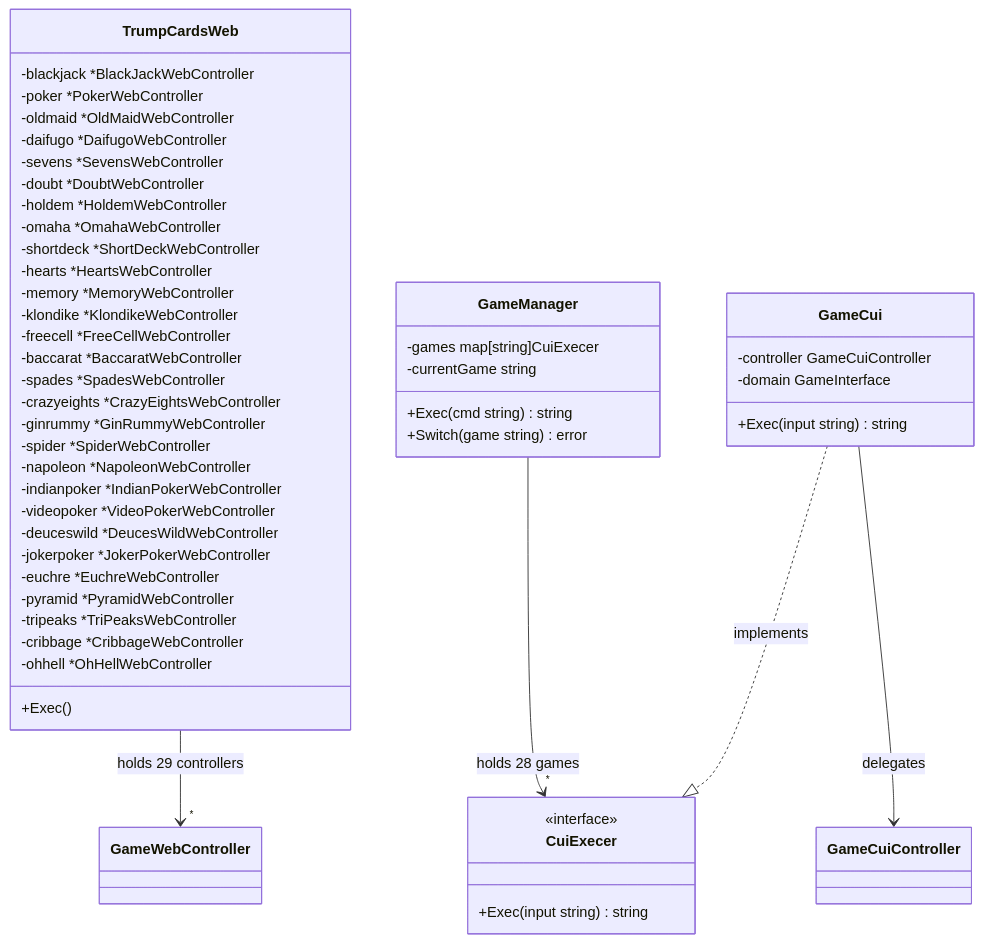
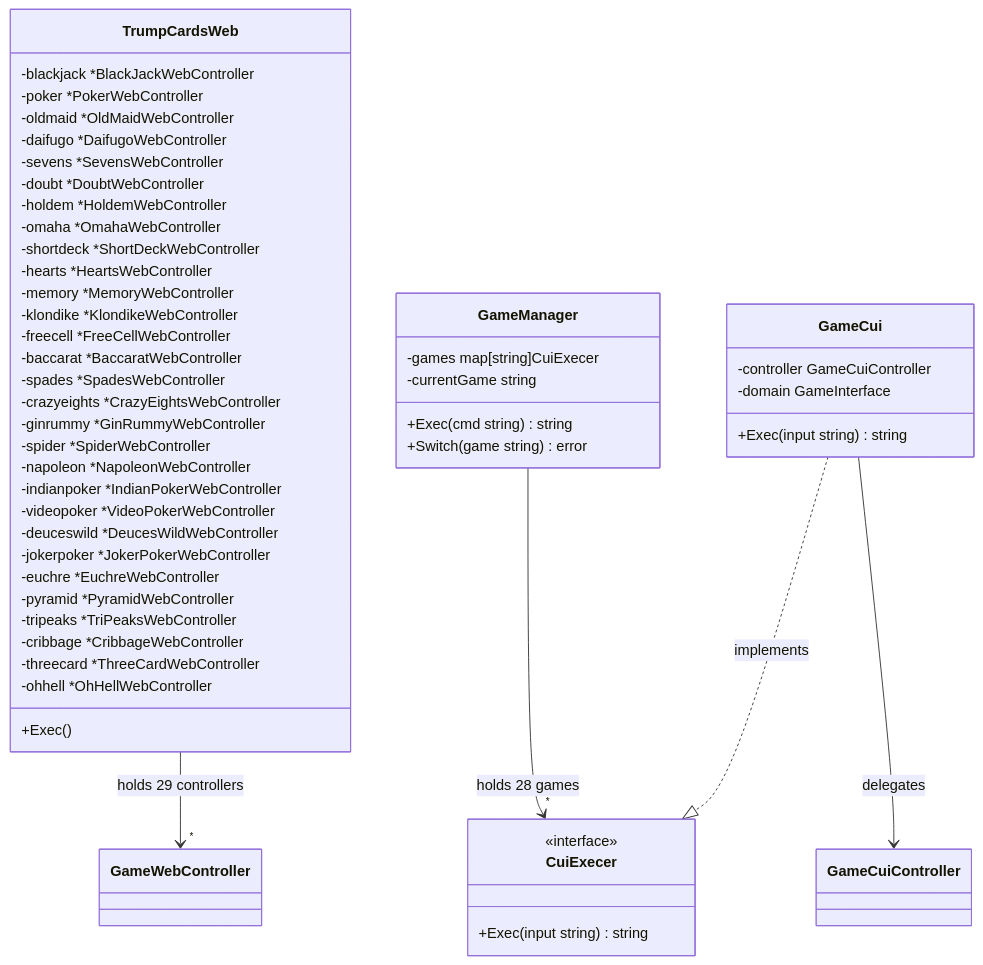
Diagram 11 of 35 in docs/design/backend.md (yuta-yoshinaga/go_trumpcards), drawn with Mermaid before and after one commit. The commit also changed 2 other files, not shown here.

Commit message:
docs: address PR review feedback
- Add missing ThreeCard controller to TrumpCardsWeb class diagram
- Alphabetize game list in CLAUDE.md description
- Alphabetize phase sync reference list in phases.ts doc comment

````diff
--- a/docs/design/backend.md
+++ b/docs/design/backend.md
@@ -898,57 +898,58 @@
 ```mermaid
 classDiagram
     class TrumpCardsWeb {
         -blackjack *BlackJackWebController
         -poker *PokerWebController
         -oldmaid *OldMaidWebController
         -daifugo *DaifugoWebController
         -sevens *SevensWebController
         -doubt *DoubtWebController
         -holdem *HoldemWebController
         -omaha *OmahaWebController
         -shortdeck *ShortDeckWebController
         -hearts *HeartsWebController
         -memory *MemoryWebController
         -klondike *KlondikeWebController
         -freecell *FreeCellWebController
         -baccarat *BaccaratWebController
         -spades *SpadesWebController
         -crazyeights *CrazyEightsWebController
         -ginrummy *GinRummyWebController
         -spider *SpiderWebController
         -napoleon *NapoleonWebController
         -indianpoker *IndianPokerWebController
         -videopoker *VideoPokerWebController
         -deuceswild *DeucesWildWebController
         -jokerpoker *JokerPokerWebController
         -euchre *EuchreWebController
         -pyramid *PyramidWebController
         -tripeaks *TriPeaksWebController
         -cribbage *CribbageWebController
+        -threecard *ThreeCardWebController
         -ohhell *OhHellWebController
         +Exec()
     }
 
     class GameManager {
         -games map[string]CuiExecer
         -currentGame string
         +Exec(cmd string) string
         +Switch(game string) error
     }
 
     class CuiExecer {
         <<interface>>
         +Exec(input string) string
     }
 
     class GameCui {
         -controller GameCuiController
         -domain GameInterface
         +Exec(input string) string
     }
 
     TrumpCardsWeb --> "*" GameWebController : holds 29 controllers
     GameManager --> "*" CuiExecer : holds 28 games
     GameCui ..|> CuiExecer : implements
     GameCui --> GameCuiController : delegates
 ```
````
